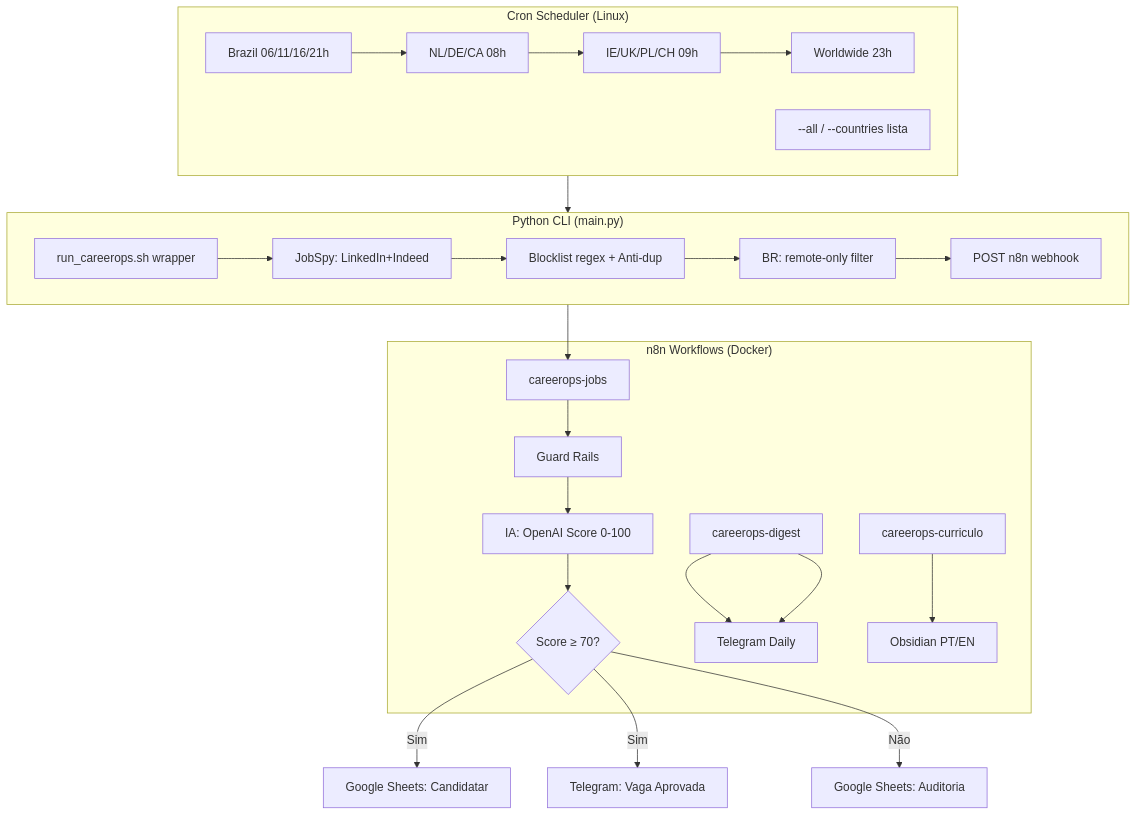
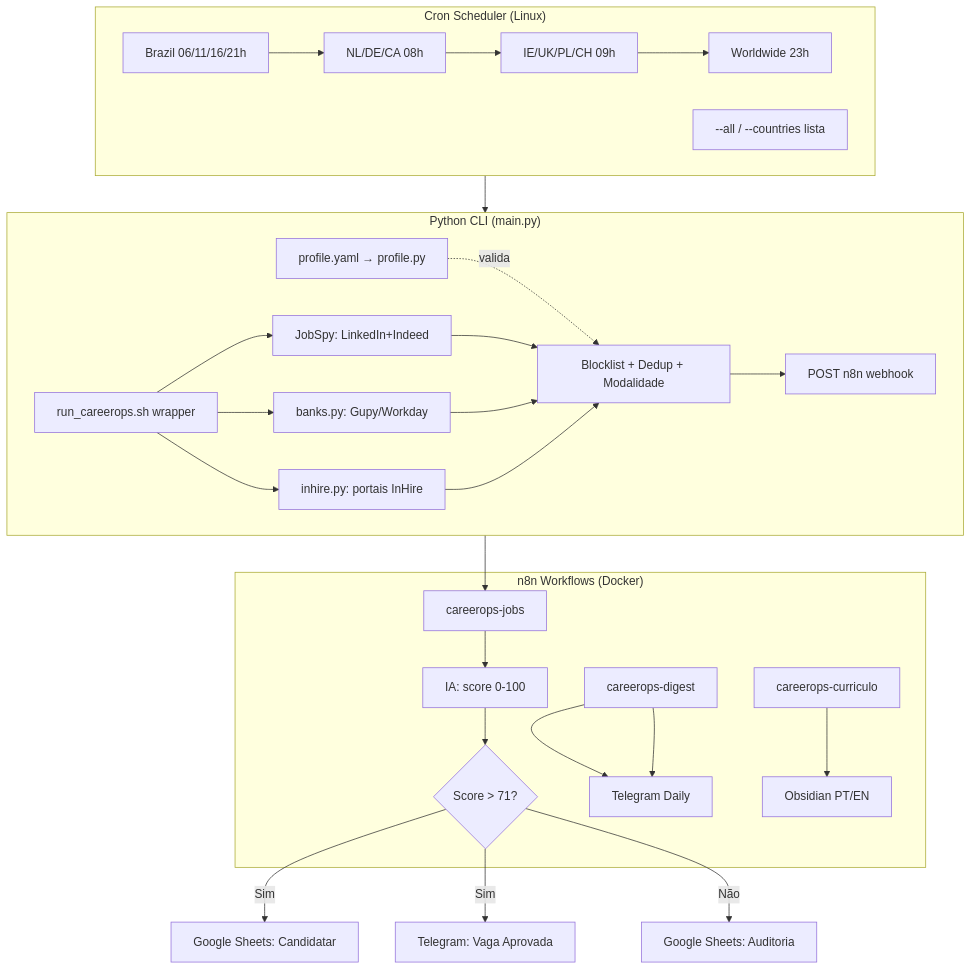
The diagram in README.md (JPCastroBR/CareerOps), drawn with Mermaid before and after one commit. The commit also changed other lines of this file and 60 other files, not shown here.

````diff
--- a/README.md
+++ b/README.md
@@ -26,31 +27,34 @@
 ```mermaid
 flowchart TD
     subgraph Sched["Cron Scheduler (Linux)"]
         C1[Brazil 06/11/16/21h] --> C2[NL/DE/CA 08h]
         C2 --> C3[IE/UK/PL/CH 09h]
         C3 --> C4[Worldwide 23h]
         C5["--all / --countries lista"]
     end
 
     subgraph CLI["Python CLI (main.py)"]
         W[run_careerops.sh wrapper] --> P[JobSpy: LinkedIn+Indeed]
-        P --> F[Blocklist regex + Anti-dup]
-        F --> BR[BR: remote-only filter]
-        BR --> POST[POST n8n webhook]
+        W --> BK[banks.py: Gupy/Workday]
+        W --> IH[inhire.py: portais InHire]
+        PR[profile.yaml → profile.py] -.valida.-> F
+        P --> F[Blocklist + Dedup + Modalidade]
+        BK --> F
+        IH --> F
+        F --> POST[POST n8n webhook]
     end
 
     subgraph N8N["n8n Workflows (Docker)"]
-        J[careerops-jobs] --> GR[Guard Rails]
-        GR --> IA[IA: OpenAI Score 0-100]
-        IA --> R{Score ≥ 70?}
+        J[careerops-jobs] --> IA[IA: score 0-100]
+        IA --> R{Score > 71?}
         D[careerops-digest] --> TG2[Telegram Daily]
         CU[careerops-curriculo] --> OB[Obsidian PT/EN]
     end
 
     Sched --> CLI
     CLI --> J
     R -->|Sim| SH[Google Sheets: Candidatar]
     R -->|Sim| TG1[Telegram: Vaga Aprovada]
     R -->|Não| AU[Google Sheets: Auditoria]
     D --> TG2
 ```
````
